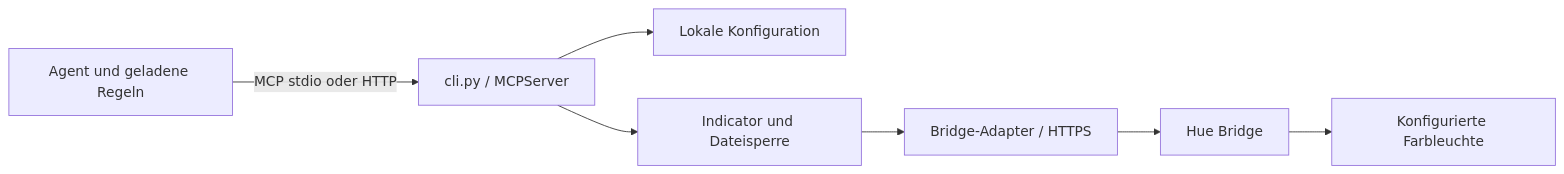
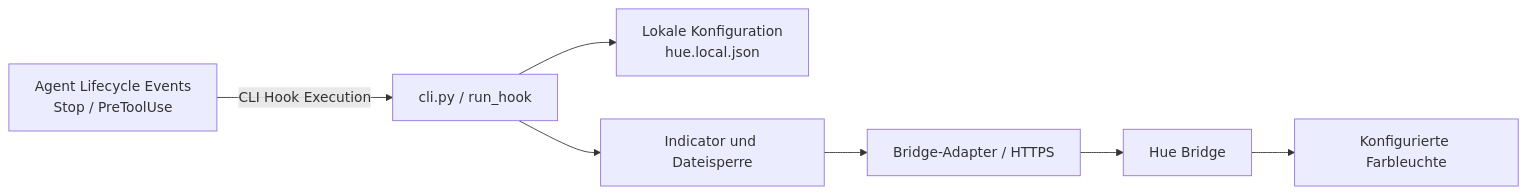
The diagram in docs/ARCHITECTURE.md (schris88/HueAgentFeedback), drawn with Mermaid before and after one commit. The commit also changed other lines of this file and 19 other files, not shown here.

````diff
--- a/docs/ARCHITECTURE.md
+++ b/docs/ARCHITECTURE.md
@@ -15,9 +16,9 @@
 ```mermaid
 flowchart LR
-    A[Agent und geladene Regeln] -->|MCP stdio oder HTTP| B[cli.py / MCPServer]
-    B --> C[Lokale Konfiguration]
+    A[Agent Lifecycle Events\nStop / PreToolUse] -->|CLI Hook Execution| B[cli.py / run_hook]
+    B --> C[Lokale Konfiguration\nhue.local.json]
     B --> D[Indicator und Dateisperre]
     D --> E[Bridge-Adapter / HTTPS]
     E --> F[Hue Bridge]
     F --> G[Konfigurierte Farbleuchte]
 ```
````
